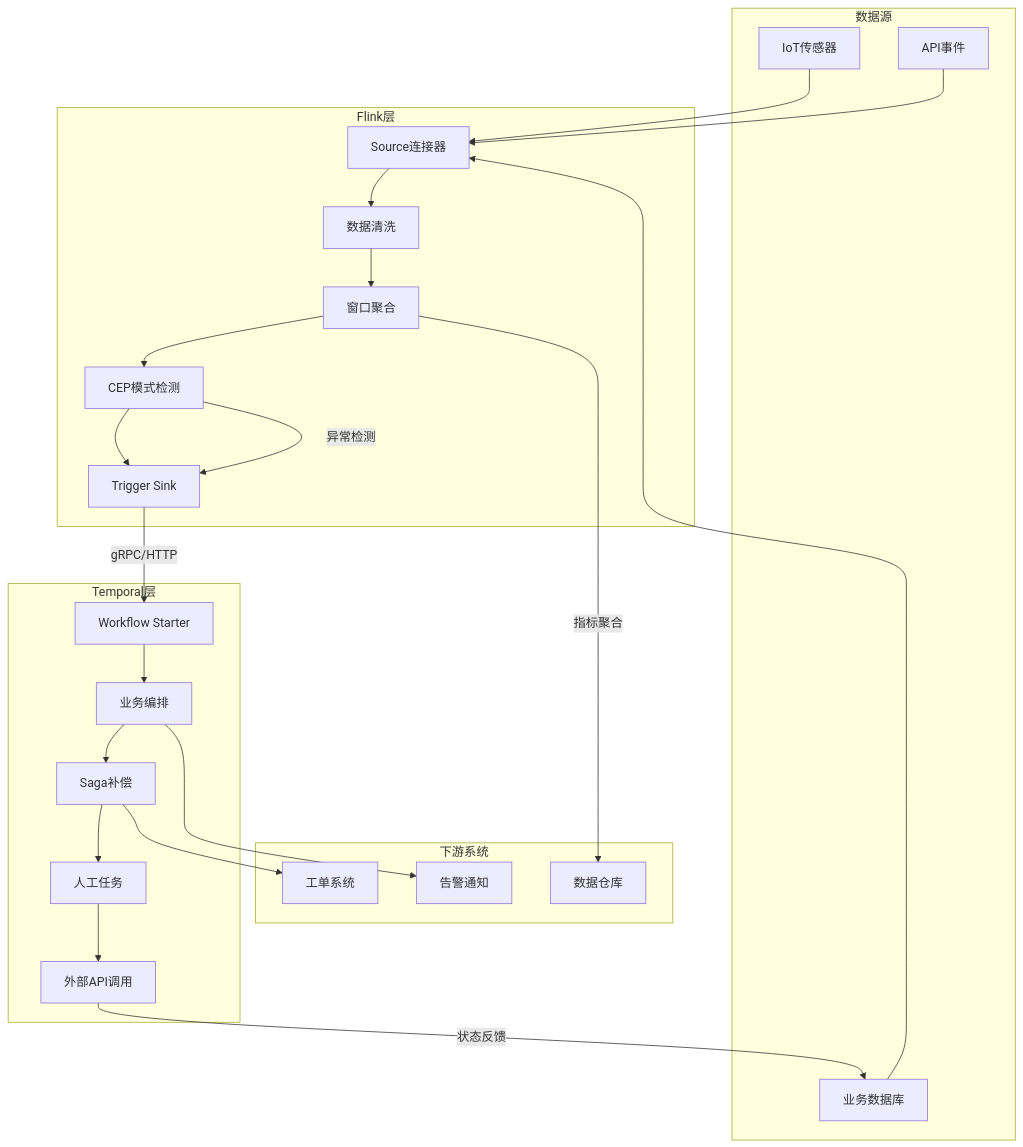
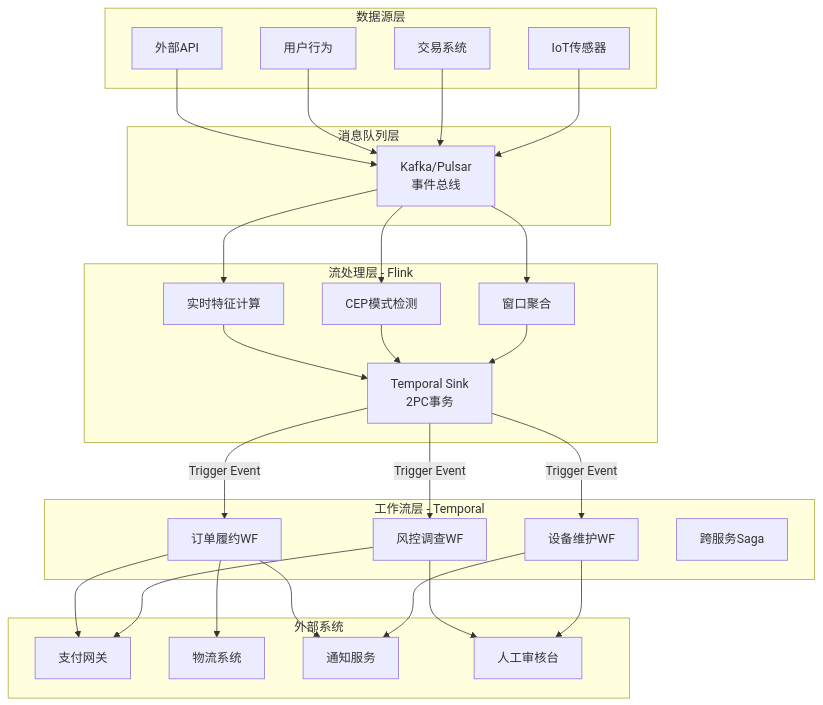
The first of 5 diagrams in Knowledge/06-frontier/temporal-flink-layered-architecture.md (AdaMartin18010/AnalysisDataFlow), drawn with Mermaid before and after one commit. The commit also changed other lines of this file and 47 other files, not shown here.

````diff
--- a/Knowledge/06-frontier/temporal-flink-layered-architecture.md
+++ b/Knowledge/06-frontier/temporal-flink-layered-architecture.md
@@ -254,45 +1306,59 @@
 ```mermaid
-flowchart TB
-    subgraph "数据源"
-        S1[IoT传感器]
-        S2[业务数据库]
-        S3[API事件]
+graph TB
+    subgraph "数据源层"
+        A1[IoT传感器]
+        A2[交易系统]
+        A3[用户行为]
+        A4[外部API]
     end
 
-    subgraph "Flink层"
-        F1[Source连接器]
-        F2[数据清洗]
-        F3[窗口聚合]
-        F4[CEP模式检测]
-        F5[Trigger Sink]
+    subgraph "消息队列层"
+        B[Kafka/Pulsar<br/>事件总线]
     end
 
-    subgraph "Temporal层"
-        T1[Workflow Starter]
-        T2[业务编排]
-        T3[Saga补偿]
-        T4[人工任务]
-        T5[外部API调用]
+    subgraph "流处理层 - Flink"
+        C1[窗口聚合]
+        C2[CEP模式检测]
+        C3[实时特征计算]
+        C4[Temporal Sink<br/>2PC事务]
     end
 
-    subgraph "下游系统"
-        D1[告警通知]
-        D2[工单系统]
-        D3[数据仓库]
+    subgraph "工作流层 - Temporal"
+        D1[设备维护WF]
+        D2[风控调查WF]
+        D3[订单履约WF]
+        D4[跨服务Saga]
     end
 
-    S1 --> F1
-    S2 --> F1
-    S3 --> F1
+    subgraph "外部系统"
+        E1[支付网关]
+        E2[物流系统]
+        E3[通知服务]
+        E4[人工审核台]
+    end
 
-    F1 --> F2 --> F3 --> F4 --> F5
-    F4 -->|异常检测| F5
-    F3 -->|指标聚合| D3
+    A1 --> B
+    A2 --> B
+    A3 --> B
+    A4 --> B
 
-    F5 -->|gRPC/HTTP| T1
-    T1 --> T2 --> T3 --> T4 --> T5
+    B --> C1
+    B --> C2
+    B --> C3
 
-    T2 --> D1
-    T3 --> D2
-    T5 -->|状态反馈| S2
+    C1 --> C4
+    C2 --> C4
+    C3 --> C4
+
+    C4 -->|Trigger Event| D1
+    C4 -->|Trigger Event| D2
+    C4 -->|Trigger Event| D3
+
+    D1 --> E3
+    D1 --> E4
+    D2 --> E1
+    D2 --> E4
+    D3 --> E1
+    D3 --> E2
+    D3 --> E3
 ```
````
